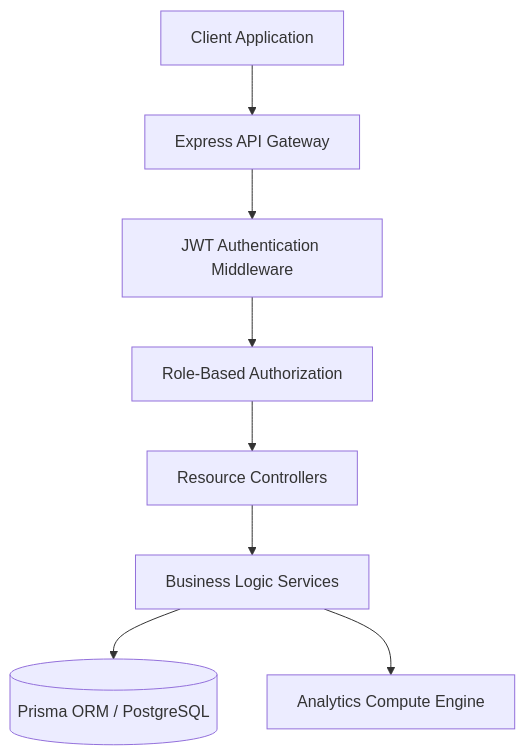
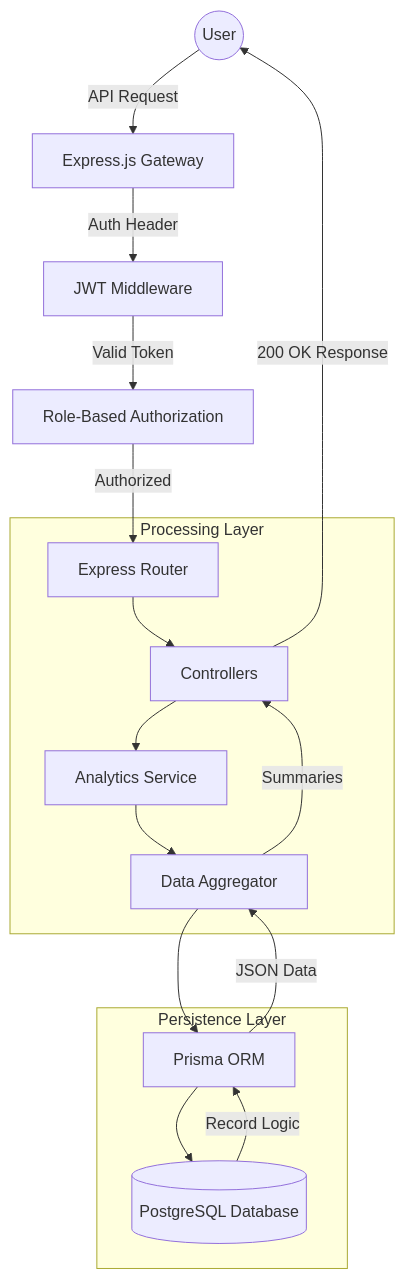
The first of 2 diagrams in backend/README.md (Tanmay24-ya/FinDash), drawn with Mermaid before and after one commit. The commit also changed other lines of this file and 1 other file, not shown here.

First line of the commit message:
docs: comprehensive infrastructure & testing manual with high-fidelity diagrams

````diff
--- a/backend/README.md
+++ b/backend/README.md
@@ -9,10 +11,23 @@
 ```mermaid
 graph TD
-    Client[Client Application] --> Gateway[Express API Gateway]
-    Gateway --> Auth[JWT Authentication Middleware]
-    Auth --> RBAC[Role-Based Authorization]
-    RBAC --> Controllers[Resource Controllers]
-    Controllers --> Services[Business Logic Services]
-    Services --> DB[(Prisma ORM / PostgreSQL)]
-    Services --> Analytics[Analytics Compute Engine]
+    User((User)) -- API Request --> Express[Express.js Gateway]
+    Express -- Auth Header --> JWT[JWT Middleware]
+    JWT -- Valid Token --> RBAC[Role-Based Authorization]
+    RBAC -- Authorized --> Router[Express Router]
+    
+    subgraph "Processing Layer"
+        Router --> Ctrl[Controllers]
+        Ctrl --> Svc[Analytics Service]
+        Svc --> Aggregator[Data Aggregator]
+    end
+    
+    subgraph "Persistence Layer"
+        Aggregator --> Prisma[Prisma ORM]
+        Prisma --> DB[(PostgreSQL Database)]
+    end
+    
+    DB -- Record Logic --> Prisma
+    Prisma -- JSON Data --> Aggregator
+    Aggregator -- Summaries --> Ctrl
+    Ctrl -- 200 OK Response --> User
 ```
````
